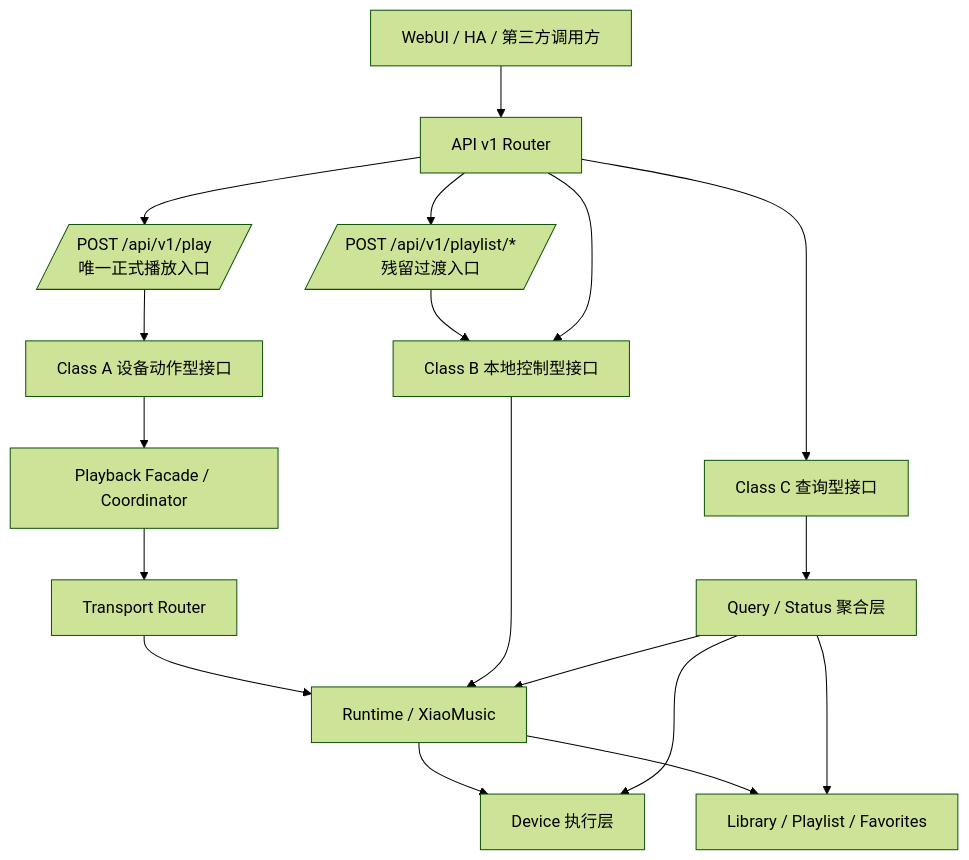
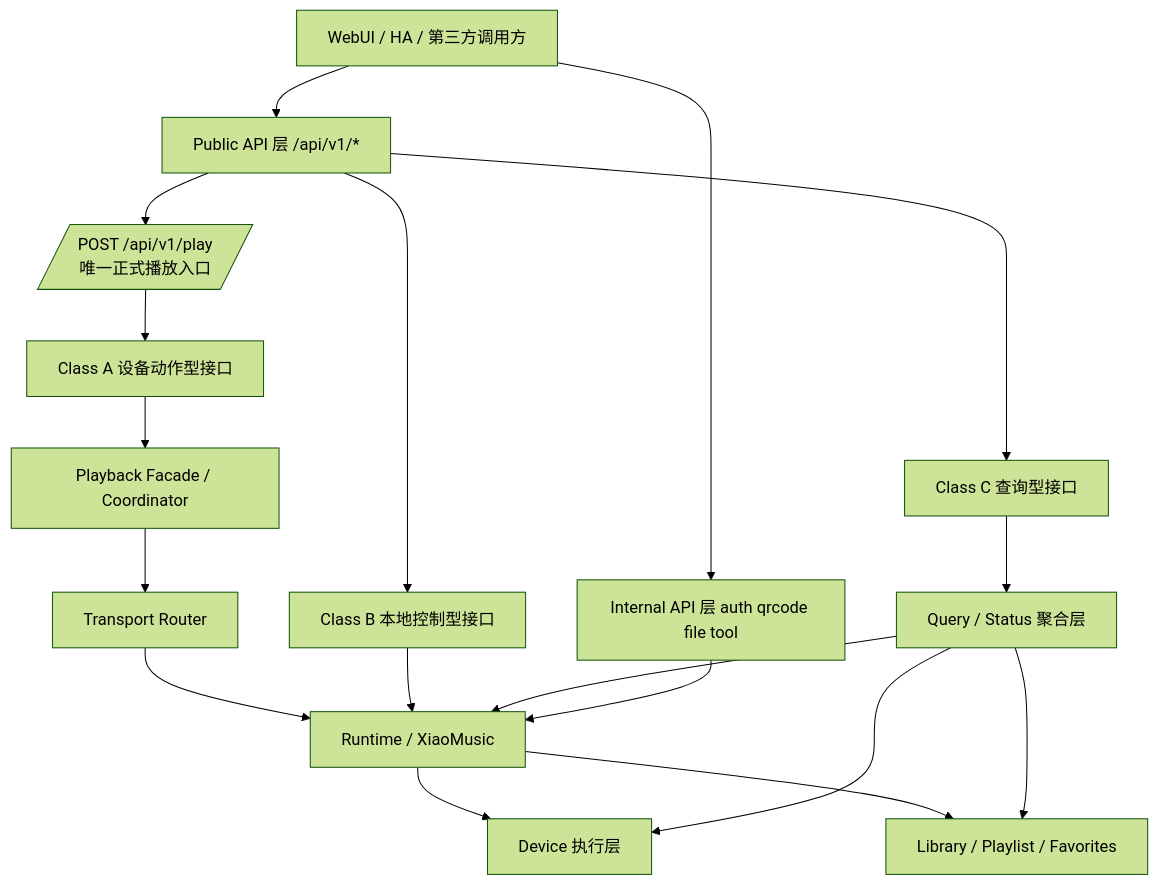
The second of 2 diagrams in ARCHITECTURE.md (Akari787/xiaomusic-core), drawn with Mermaid (forest theme) before and after one commit. The commit also changed other lines of this file and 1 other file, not shown here.

Commit message:
docs(api): define public internal and removed boundaries

````diff
--- a/ARCHITECTURE.md
+++ b/ARCHITECTURE.md
@@ -129,41 +200,42 @@
 ```mermaid
 flowchart TD
     U[WebUI / HA / 第三方调用方]
-    R[API v1 Router]
+    P[Public API 层 /api/v1/*]
+    I[Internal API 层 auth qrcode file tool]
 
     A[Class A 设备动作型接口]
     B[Class B 本地控制型接口]
     Cq[Class C 查询型接口]
 
     Play[/POST /api/v1/play\n唯一正式播放入口/]
-    Legacy[/POST /api/v1/playlist/*\n残留过渡入口/]
 
     PF[Playback Facade / Coordinator]
     TR[Transport Router]
     RT[Runtime / XiaoMusic]
     DV[Device 执行层]
     LB[Library / Playlist / Favorites]
     QS[Query / Status 聚合层]
 
-    U --> R
+    U --> P
+    U --> I
 
-    R --> Play
+    P --> Play
     Play --> A
 
     A --> PF
     PF --> TR
     TR --> RT
     RT --> DV
 
-    R --> Legacy
-    Legacy --> B
-    R --> B
+    P --> B
     B --> RT
     RT --> LB
 
-    R --> Cq
+    P --> Cq
     Cq --> QS
     QS --> RT
     QS --> DV
     QS --> LB
+
+    I --> RT
 ```
````
